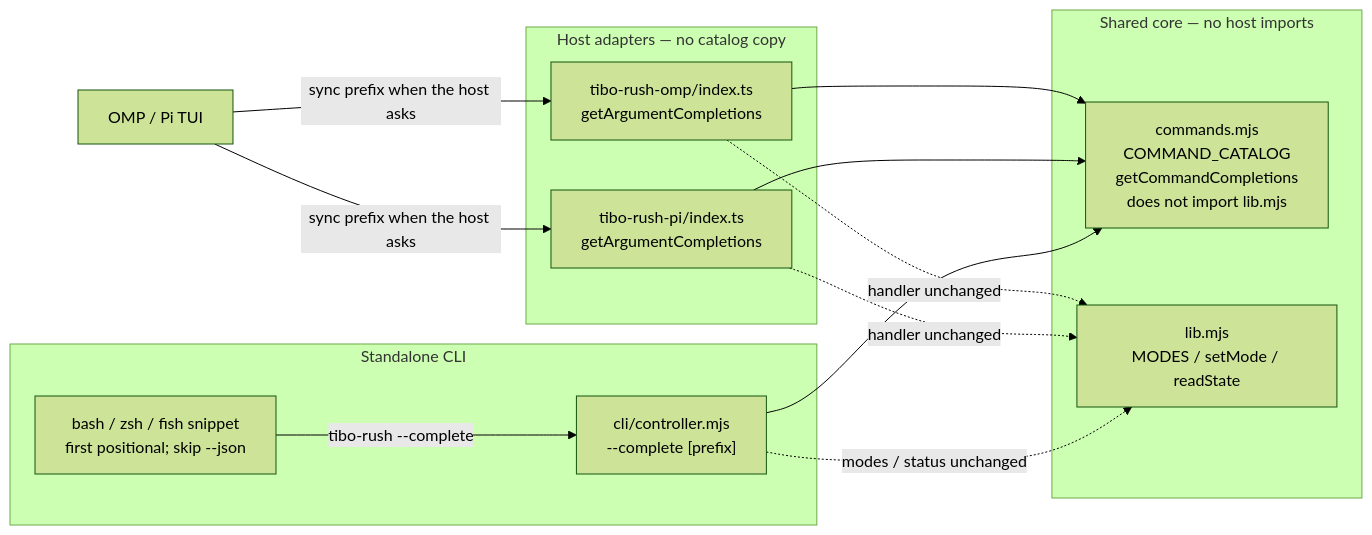
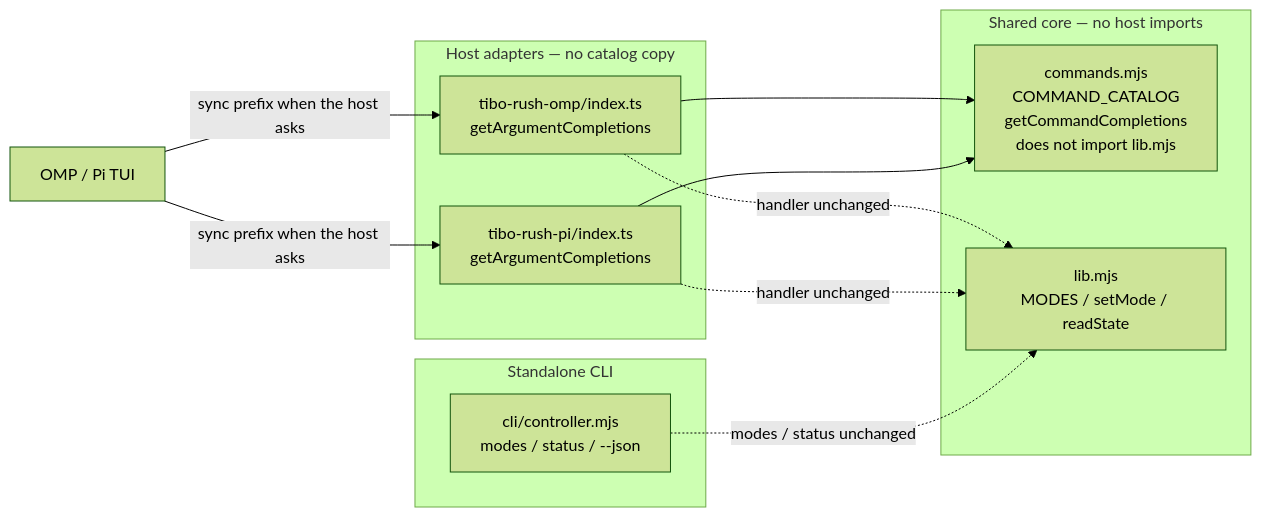
Before and after one commit to happyfeetw/tibo-rush: the first of 2 diagrams in docs/design/command-completions.md, drawn with Mermaid (forest theme). The commit also changed other lines of this file and 5 other files, not shown here.

First line of the commit message:
fix: drop CLI --complete and README shell snippets

````diff
--- a/docs/design/command-completions.md
+++ b/docs/design/command-completions.md
@@ -199,24 +199,21 @@
 ```mermaid
 flowchart LR
   subgraph hosts [Host adapters — no catalog copy]
     OMP["tibo-rush-omp/index.ts<br/>getArgumentCompletions"]
     PI["tibo-rush-pi/index.ts<br/>getArgumentCompletions"]
   end
   subgraph cli [Standalone CLI]
-    CTRL["cli/controller.mjs<br/>--complete [prefix]"]
-    SH["bash / zsh / fish snippet<br/>first positional; skip --json"]
+    CTRL["cli/controller.mjs<br/>modes / status / --json"]
   end
   subgraph core [Shared core — no host imports]
     CAT["commands.mjs<br/>COMMAND_CATALOG<br/>getCommandCompletions<br/>does not import lib.mjs"]
     LIB["lib.mjs<br/>MODES / setMode / readState"]
   end
   TUI["OMP / Pi TUI"] -->|sync prefix when the host asks| OMP
   TUI -->|sync prefix when the host asks| PI
   OMP --> CAT
   PI --> CAT
-  SH -->|"tibo-rush --complete"| CTRL
-  CTRL --> CAT
   OMP -.->|handler unchanged| LIB
   PI -.->|handler unchanged| LIB
   CTRL -.->|modes / status unchanged| LIB
 ```
````
